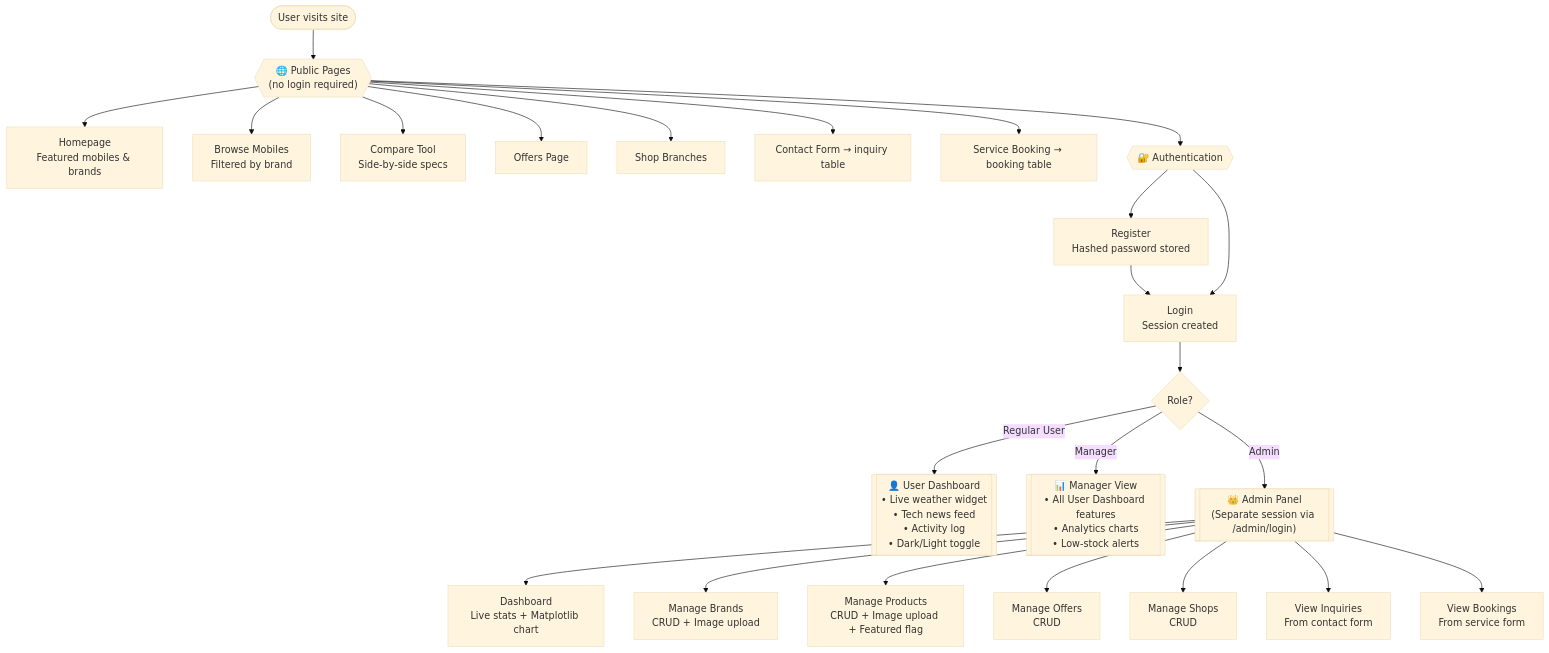
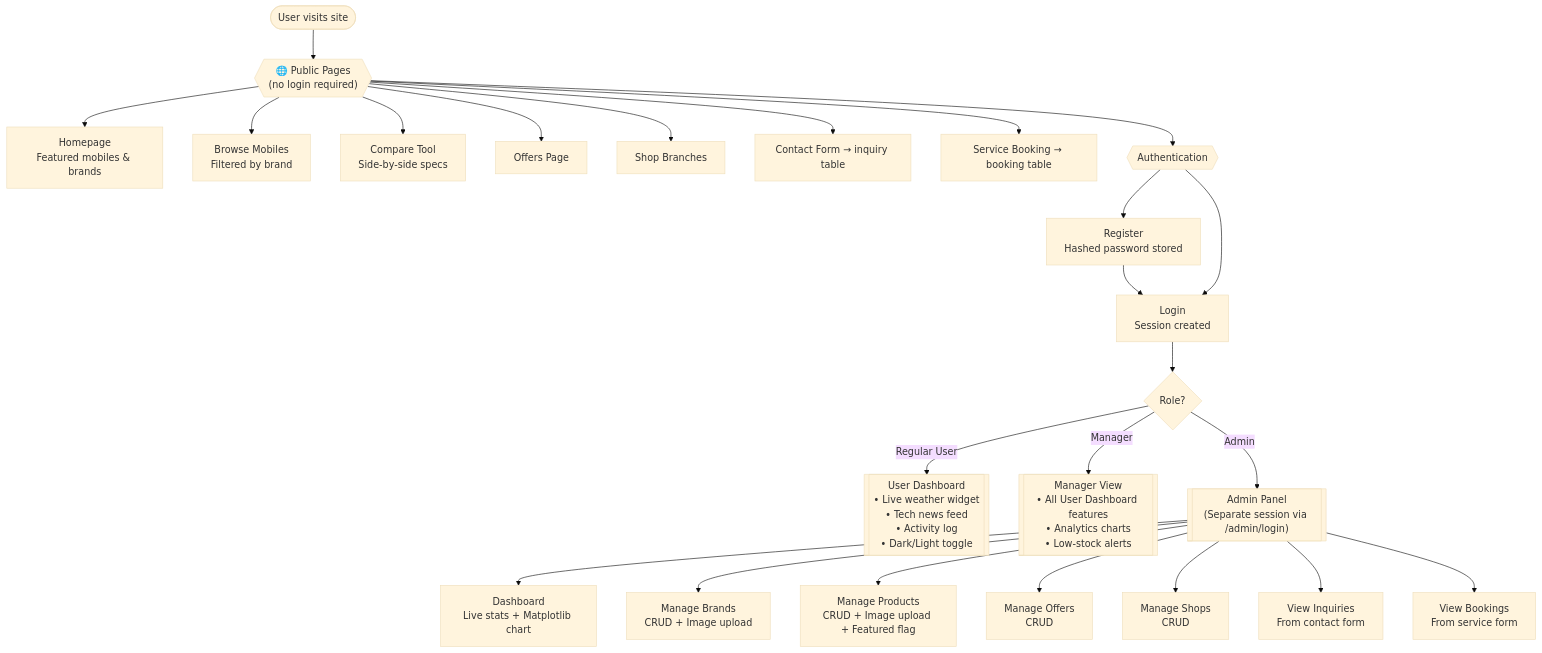
The third of 3 diagrams in README.md (ItsMeTinku/smart-hub), drawn with Mermaid (base theme) before and after one commit. The commit also changed other lines of this file, not shown here.

````diff
--- a/README.md
+++ b/README.md
@@ -242,39 +242,39 @@
 ```mermaid
 flowchart TD
     START([User visits site]) --> PUBLIC
 
     PUBLIC{{"🌐 Public Pages\n(no login required)"}}
     PUBLIC --> HOME[Homepage\nFeatured mobiles & brands]
     PUBLIC --> MOBILES[Browse Mobiles\nFiltered by brand]
     PUBLIC --> COMPARE[Compare Tool\nSide-by-side specs]
     PUBLIC --> OFFERS[Offers Page]
     PUBLIC --> SHOPS[Shop Branches]
     PUBLIC --> CONTACT[Contact Form → inquiry table]
     PUBLIC --> SERVICE[Service Booking → booking table]
 
     PUBLIC --> AUTH
 
-    AUTH{{"🔐 Authentication"}}
+    AUTH{{" Authentication"}}
     AUTH --> REGISTER[Register\nHashed password stored]
     REGISTER --> LOGIN
     AUTH --> LOGIN[Login\nSession created]
 
     LOGIN --> ROLE{Role?}
 
     ROLE -- Regular User --> USER_DASH
     ROLE -- Manager --> MANAGER_DASH
     ROLE -- Admin --> ADMIN_PANEL
 
-    USER_DASH[["👤 User Dashboard\n• Live weather widget\n• Tech news feed\n• Activity log\n• Dark/Light toggle"]]
+    USER_DASH[[" User Dashboard\n• Live weather widget\n• Tech news feed\n• Activity log\n• Dark/Light toggle"]]
 
-    MANAGER_DASH[["📊 Manager View\n• All User Dashboard features\n• Analytics charts\n• Low-stock alerts"]]
+    MANAGER_DASH[[" Manager View\n• All User Dashboard features\n• Analytics charts\n• Low-stock alerts"]]
 
-    ADMIN_PANEL[["👑 Admin Panel\n(Separate session via /admin/login)"]]
+    ADMIN_PANEL[[" Admin Panel\n(Separate session via /admin/login)"]]
     ADMIN_PANEL --> ADMIN_DASH[Dashboard\nLive stats + Matplotlib chart]
     ADMIN_PANEL --> BRANDS[Manage Brands\nCRUD + Image upload]
     ADMIN_PANEL --> PRODUCTS[Manage Products\nCRUD + Image upload + Featured flag]
     ADMIN_PANEL --> ADMIN_OFFERS[Manage Offers\nCRUD]
     ADMIN_PANEL --> ADMIN_SHOPS[Manage Shops\nCRUD]
     ADMIN_PANEL --> INQUIRIES[View Inquiries\nFrom contact form]
     ADMIN_PANEL --> BOOKINGS[View Bookings\nFrom service form]
 ```
````
